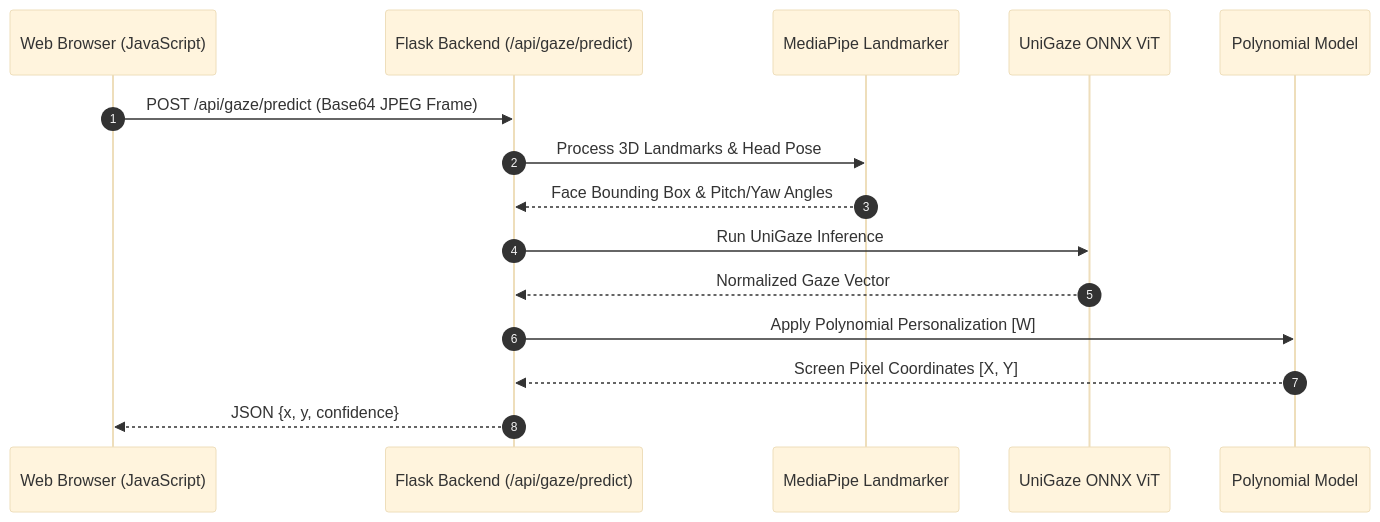
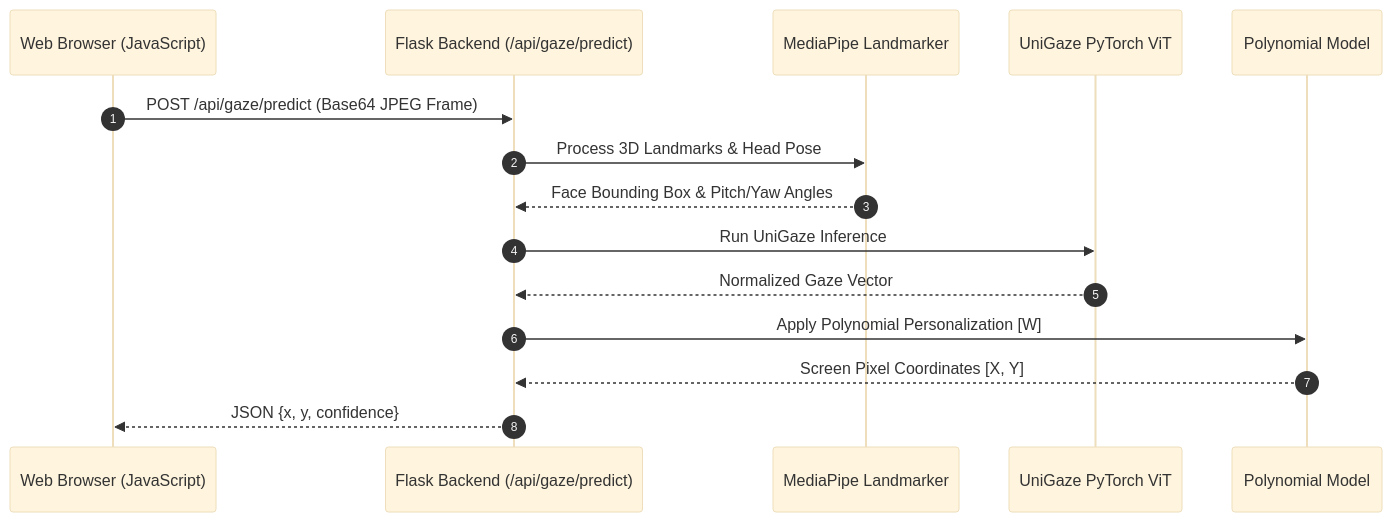
One commit to momonong/LiteGaze changed the sixth of 9 diagrams in PROJECT_OVERVIEW.md. Above: the diagram before and after it, drawn with Mermaid (base theme). The commit also changed other lines of this file and 13 other files, not shown here.

````diff
--- a/PROJECT_OVERVIEW.md
+++ b/PROJECT_OVERVIEW.md
@@ -358,18 +358,18 @@
 ```mermaid
 sequenceDiagram
     autonumber
     participant Browser as Web Browser (JavaScript)
     participant Flask as Flask Backend (/api/gaze/predict)
     participant MP as MediaPipe Landmarker
-    participant ViT as UniGaze ONNX ViT
+    participant ViT as UniGaze PyTorch ViT
     participant Poly as Polynomial Model
 
     Browser->>Flask: POST /api/gaze/predict (Base64 JPEG Frame)
     Flask->>MP: Process 3D Landmarks & Head Pose
     MP-->>Flask: Face Bounding Box & Pitch/Yaw Angles
     Flask->>ViT: Run UniGaze Inference
     ViT-->>Flask: Normalized Gaze Vector
     Flask->>Poly: Apply Polynomial Personalization [W]
     Poly-->>Flask: Screen Pixel Coordinates [X, Y]
     Flask-->>Browser: JSON {x, y, confidence}
 ```
````
